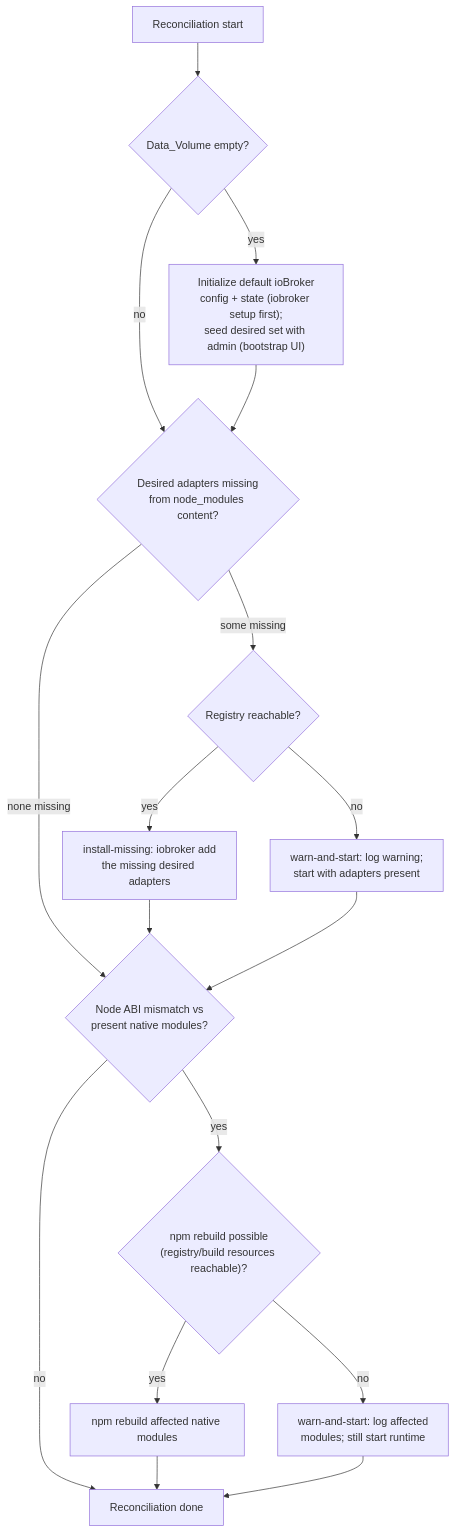
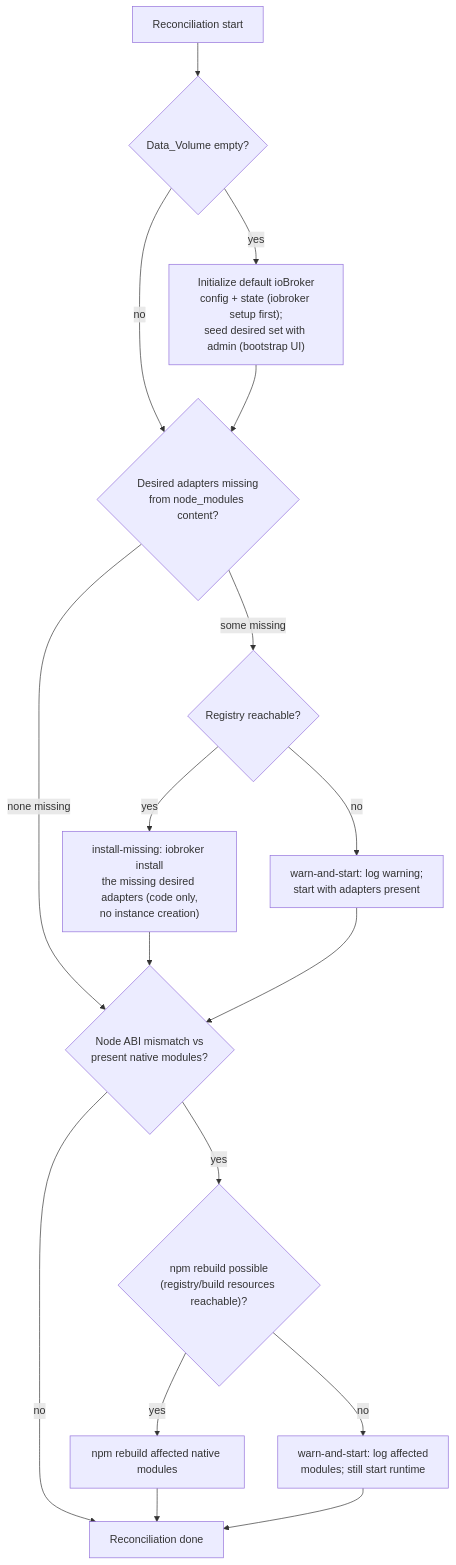
One commit to FernetMenta/ioBroker.container-image changed the fourth of 5 diagrams in .kiro/specs/rootless-iobroker-container-image/design.md. Above: the diagram before and after it, drawn with Mermaid. The commit also changed other lines of this file and 4 other files, not shown here.

First line of the commit message:
fix(reconcile): install adapter code only, filtered by this host

````diff
--- a/.kiro/specs/rootless-iobroker-container-image/design.md
+++ b/.kiro/specs/rootless-iobroker-container-image/design.md
@@ -158,19 +158,19 @@
 ```mermaid
 flowchart TD
     R0["Reconciliation start"] --> EMPTY{"Data_Volume empty?"}
     EMPTY -->|yes| INIT["Initialize default ioBroker\nconfig + state (iobroker setup first);\nseed desired set with admin (bootstrap UI)"]
     EMPTY -->|no| DIFF
     INIT --> DIFF{"Desired adapters missing\nfrom node_modules content?"}
     DIFF -->|none missing| ABI
     DIFF -->|some missing| REG{"Registry reachable?"}
-    REG -->|yes| INSTALLMISS["install-missing: iobroker add\nthe missing desired adapters"]
+    REG -->|yes| INSTALLMISS["install-missing: iobroker install\nthe missing desired adapters (code only,\nno instance creation)"]
     REG -->|no| WARNSTART1["warn-and-start: log warning;\nstart with adapters present"]
     INSTALLMISS --> ABI
     WARNSTART1 --> ABI{"Node ABI mismatch vs\npresent native modules?"}
     ABI -->|no| DONE["Reconciliation done"]
     ABI -->|yes| REBUILD{"npm rebuild possible\n(registry/build resources reachable)?"}
     REBUILD -->|yes| DOREBUILD["npm rebuild affected native modules"]
     REBUILD -->|no| WARNABI["warn-and-start: log affected\nmodules; still start runtime"]
     DOREBUILD --> DONE
     WARNABI --> DONE
 ```
````
